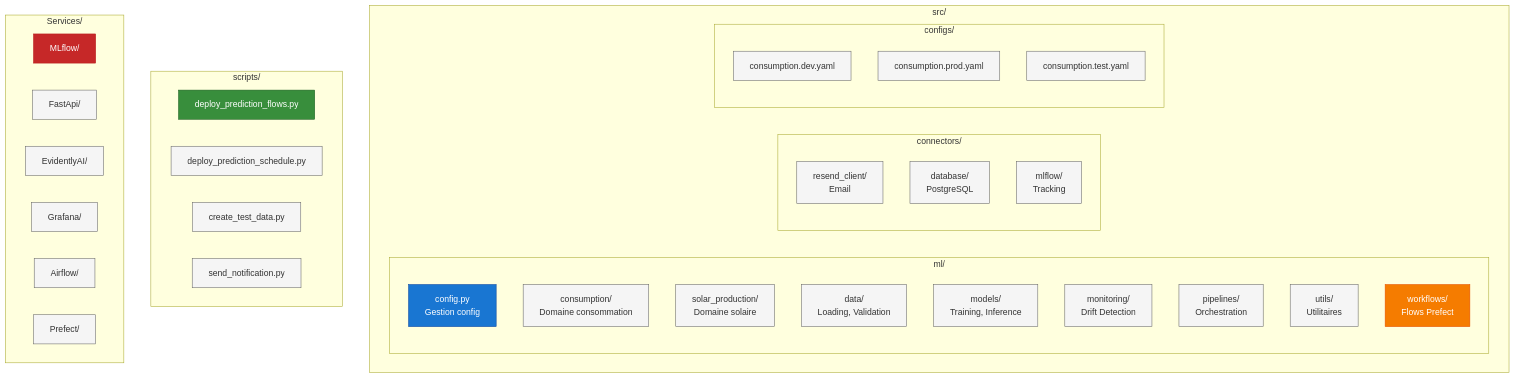
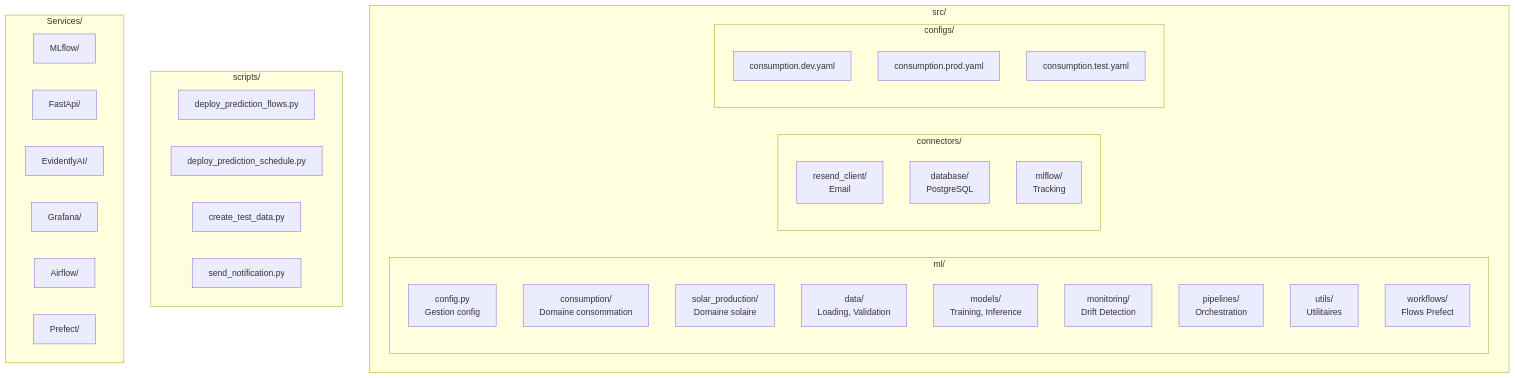
One commit to jinsudai/jinsudai changed diagram 17 of 21 in docs/ARCHITECTURE_MLOPS.md. Above: the diagram before and after it, drawn with Mermaid. The commit also changed other lines of this file, not shown here.

````diff
--- a/docs/ARCHITECTURE_MLOPS.md
+++ b/docs/ARCHITECTURE_MLOPS.md
@@ -667,55 +541,46 @@
 ```mermaid
 graph TB
-    classDef config fill:#1976D2,stroke:#0D47A1,color:#fff
-    classDef workflow fill:#F57C00,stroke:#E65100,color:#fff
-    classDef script fill:#388E3C,stroke:#1B5E20,color:#fff
-    classDef service fill:#C62828,stroke:#B71C1C,color:#fff
-    classDef default fill:#f5f5f5,stroke:#666,color:#333
 
     subgraph "src/"
         subgraph "ml/"
             M1[config.py<br/>Gestion config]
             M2[consumption/<br/>Domaine consommation]
             M3[solar_production/<br/>Domaine solaire]
             M4[data/<br/>Loading, Validation]
             M5[models/<br/>Training, Inference]
             M6[monitoring/<br/>Drift Detection]
             M7[pipelines/<br/>Orchestration]
             M8[utils/<br/>Utilitaires]
             M9[workflows/<br/>Flows Prefect]
         end
 
         subgraph "connectors/"
             C1[resend_client/<br/>Email]
             C2[database/<br/>PostgreSQL]
             C3[mlflow/<br/>Tracking]
         end
 
         subgraph "configs/"
             CFG1[consumption.dev.yaml]
             CFG2[consumption.prod.yaml]
             CFG3[consumption.test.yaml]
         end
     end
 
     subgraph "scripts/"
         S1[deploy_prediction_flows.py]
         S2[deploy_prediction_schedule.py]
         S3[create_test_data.py]
         S4[send_notification.py]
     end
 
     subgraph "Services/"
         SVC1[MLflow/]
         SVC2[FastApi/]
         SVC3[EvidentlyAI/]
         SVC4[Grafana/]
         SVC5[Airflow/]
         SVC6[Prefect/]
     end
 
-    class M1 config
-    class M9 workflow
-    class S1 script
-    class SVC1 service
 ```
````
